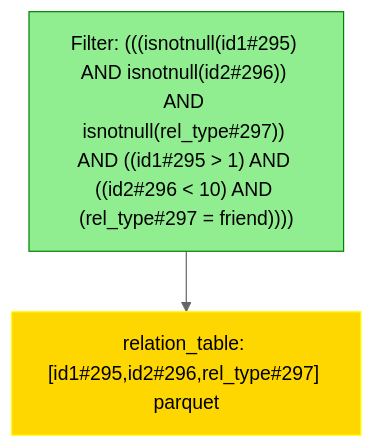
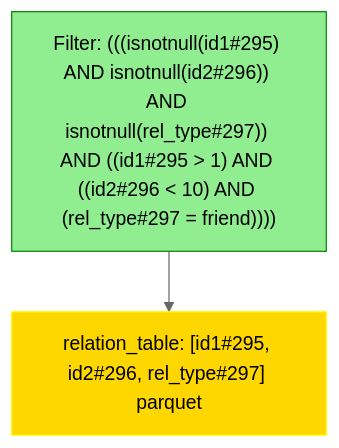
Before and after one commit to NielkNetraam/explainalyzed: the diagram in data/complex_example/visualization/relation_table_prepped.mmd, drawn with Mermaid (neutral theme). The commit also changed 24 other files, not shown here.

```diff
--- a/data/complex_example/visualization/relation_table_prepped.mmd
+++ b/data/complex_example/visualization/relation_table_prepped.mmd
@@ -1,12 +1,12 @@
 flowchart TD
     classDef PROJECT stroke:Blue,fill:LightBlue,color:black
     classDef FILTER stroke:Green,fill:LightGreen,color:black
     classDef UNION stroke:Purple,fill:Violet,color:black
     classDef JOIN stroke:DarkOrange,fill:Orange,color:black
     classDef RELATION stroke:Yellow,fill:Gold,color:black
     classDef AGGREGATE stroke:Brown,fill:Chocolate,color:black
 
     Filter#1["Filter: (((isnotnull(id1#295) AND isnotnull(id2#296)) AND isnotnull(rel_type#297)) AND ((id1#295 > 1) AND ((id2#296 < 10) AND (rel_type#297 = friend))))"]:::FILTER
-    Relation#11["relation_table: [id1#295,id2#296,rel_type#297] parquet"]:::RELATION
+    Relation#11["relation_table: [id1#295, id2#296, rel_type#297] parquet"]:::RELATION
 
     Filter#1 --> Relation#11
```
